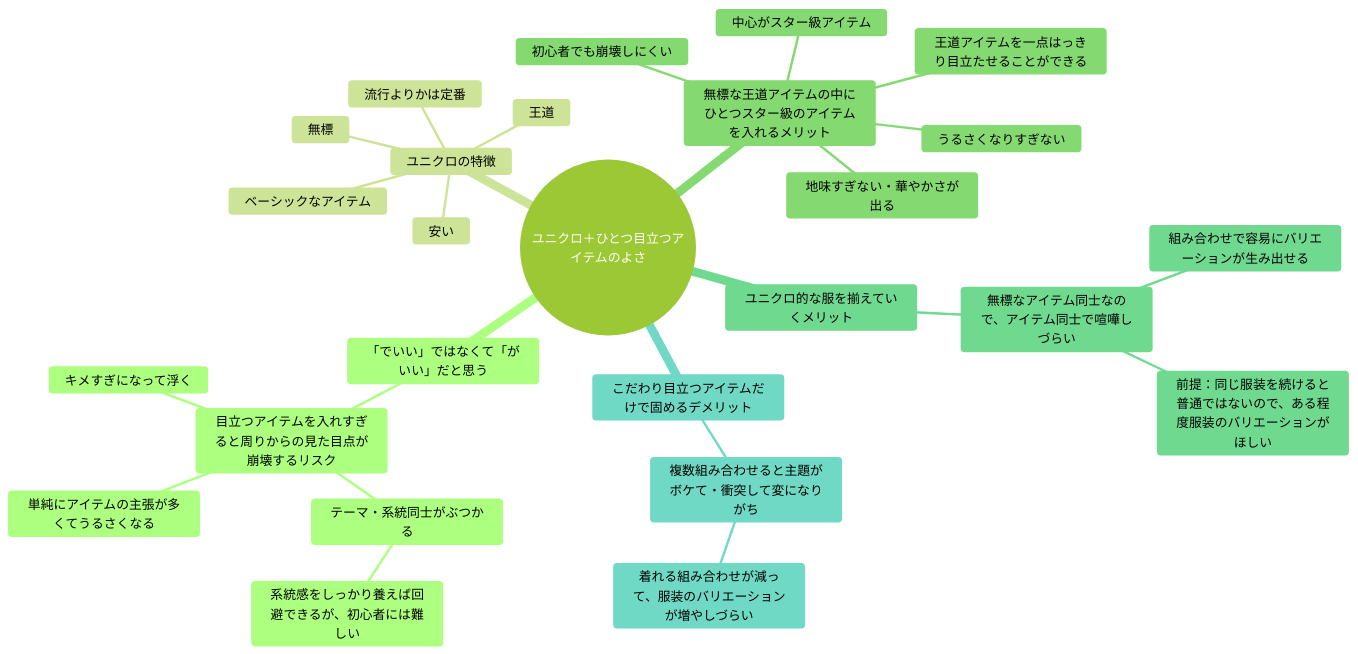
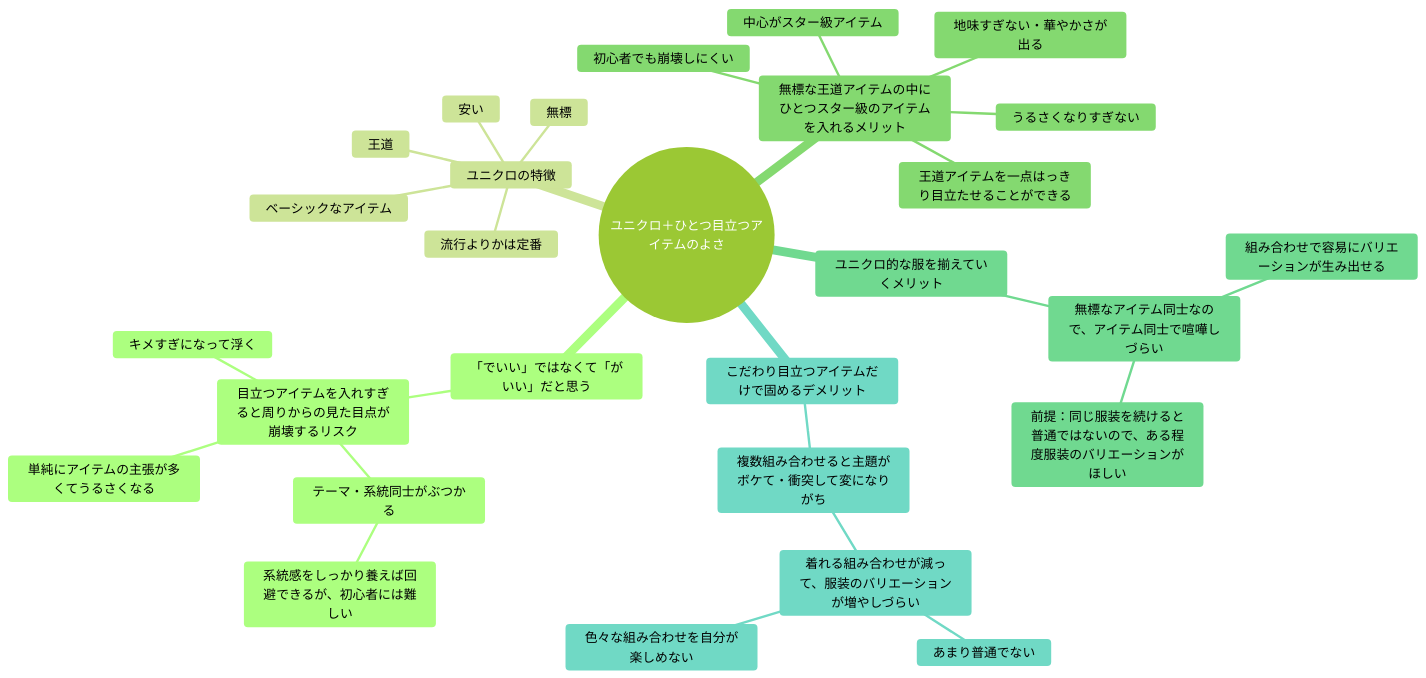
One commit to yuchiki/mens_fashion_advice changed the fourth of 4 diagrams in README.md. Above: the diagram before and after it, drawn with Mermaid (forest theme). The commit also changed other lines of this file, not shown here.

````diff
--- a/README.md
+++ b/README.md
@@ -181,28 +181,30 @@
 ```mermaid
     mindmap((ユニクロ＋ひとつ目立つアイテムのよさ))
         「でいい」ではなくて「がいい」だと思う
             目立つアイテムを入れすぎると周りからの見た目点が崩壊するリスク
                 テーマ・系統同士がぶつかる
                     系統感をしっかり養えば回避できるが、初心者には難しい
                 単純にアイテムの主張が多くてうるさくなる
                 キメすぎになって浮く
         ユニクロの特徴
             ベーシックなアイテム
             王道
             無標
             安い
             流行よりかは定番
         無標な王道アイテムの中にひとつスター級のアイテムを入れるメリット
             うるさくなりすぎない
             地味すぎない・華やかさが出る
             初心者でも崩壊しにくい
             王道アイテムを一点はっきり目立たせることができる
             中心がスター級アイテム
         ユニクロ的な服を揃えていくメリット
             無標なアイテム同士なので、アイテム同士で喧嘩しづらい
                 組み合わせで容易にバリエーションが生み出せる
                 前提：同じ服装を続けると普通ではないので、ある程度服装のバリエーションがほしい
         こだわり目立つアイテムだけで固めるデメリット
             複数組み合わせると主題がボケて・衝突して変になりがち
                 着れる組み合わせが減って、服装のバリエーションが増やしづらい
+                    あまり普通でない
+                    色々な組み合わせを自分が楽しめない
 ```
````
